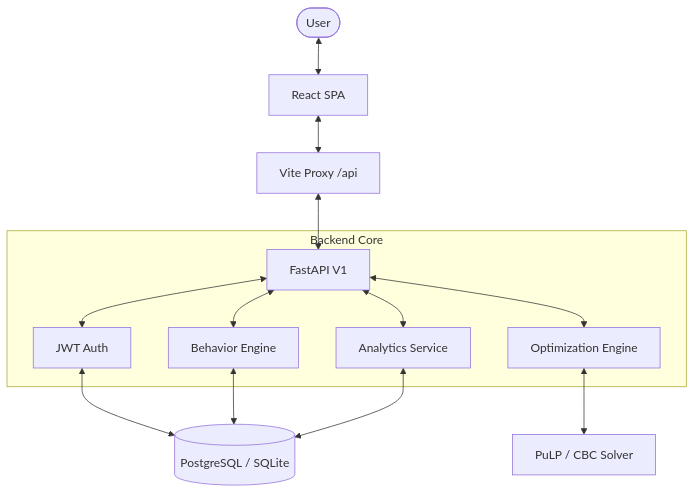
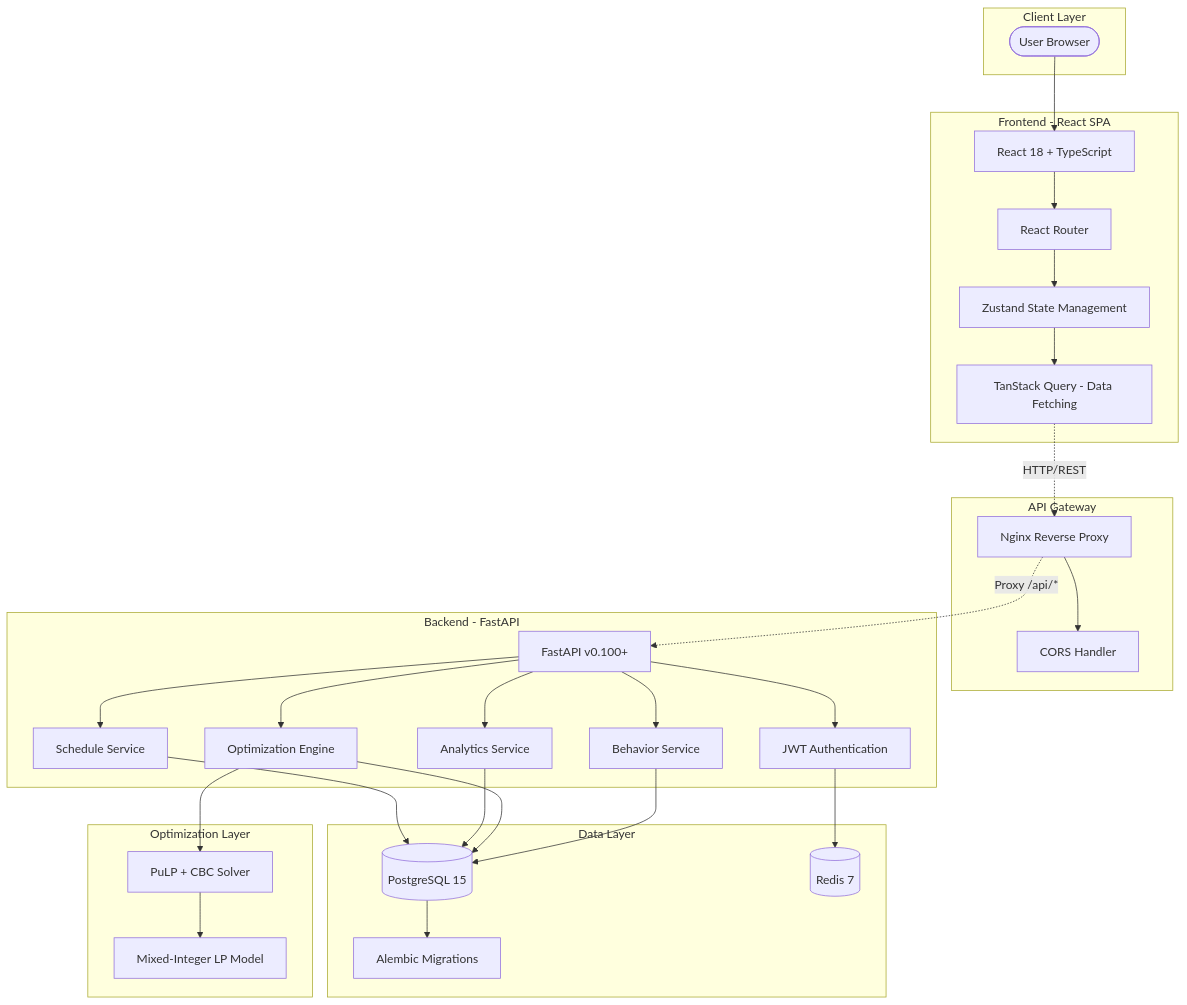
The diagram in README.md (yusuuf-mm/HabitOS), drawn with Mermaid before and after one commit. The commit also changed other lines of this file and 6 other files, not shown here.

````diff
--- a/README.md
+++ b/README.md
@@ -52,18 +134,62 @@
 ```mermaid
-graph TD
-    User([User]) <--> Frontend[React SPA]
-    Frontend <--> Proxy[Vite Proxy /api]
-    Proxy <--> API[FastAPI V1]
-    
-    subgraph "Backend Core"
-        API <--> Auth[JWT Auth]
-        API <--> Behaviors[Behavior Engine]
-        API <--> Engine[Optimization Engine]
-        API <--> Analytics[Analytics Service]
+graph TB
+    subgraph "Client Layer"
+        User([User Browser])
     end
     
-    Engine <--> Solver[PuLP / CBC Solver]
-    Auth <--> DB[(PostgreSQL / SQLite)]
-    Behaviors <--> DB
-    Analytics <--> DB
+    subgraph "Frontend - React SPA"
+        UI[React 18 + TypeScript]
+        Router[React Router]
+        State[Zustand State Management]
+        Query[TanStack Query - Data Fetching]
+        UI --> Router
+        Router --> State
+        State --> Query
+    end
+    
+    subgraph "API Gateway"
+        Nginx[Nginx Reverse Proxy]
+        CORS[CORS Handler]
+        Nginx --> CORS
+    end
+    
+    subgraph "Backend - FastAPI"
+        API[FastAPI v0.100+]
+        Auth[JWT Authentication]
+        BehaviorEngine[Behavior Service]
+        OptEngine[Optimization Engine]
+        Analytics[Analytics Service]
+        Schedule[Schedule Service]
+        
+        API --> Auth
+        API --> BehaviorEngine
+        API --> OptEngine
+        API --> Analytics
+        API --> Schedule
+    end
+    
+    subgraph "Optimization Layer"
+        Solver[PuLP + CBC Solver]
+        MILP[Mixed-Integer LP Model]
+        Solver --> MILP
+    end
+    
+    subgraph "Data Layer"
+        DB[(PostgreSQL 15)]
+        Cache[(Redis 7)]
+        Migrations[Alembic Migrations]
+        
+        DB --> Migrations
+    end
+    
+    User --> UI
+    Query -.HTTP/REST.-> Nginx
+    Nginx -.Proxy /api/*.-> API
+    
+    Auth --> Cache
+    BehaviorEngine --> DB
+    OptEngine --> Solver
+    OptEngine --> DB
+    Analytics --> DB
+    Schedule --> DB
 ```
````
